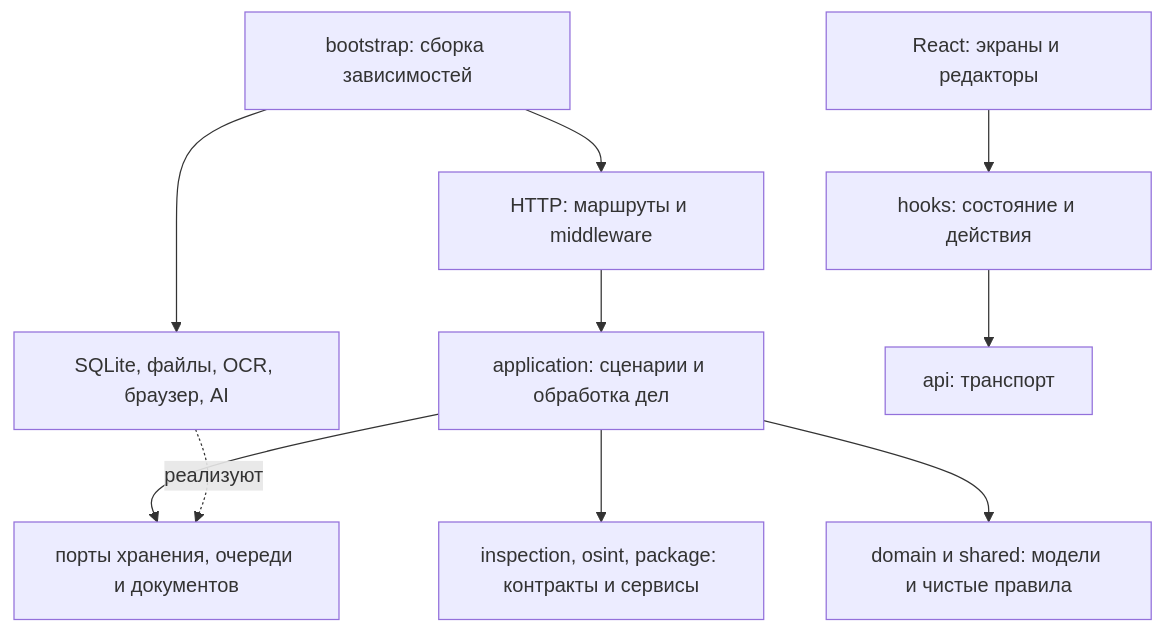
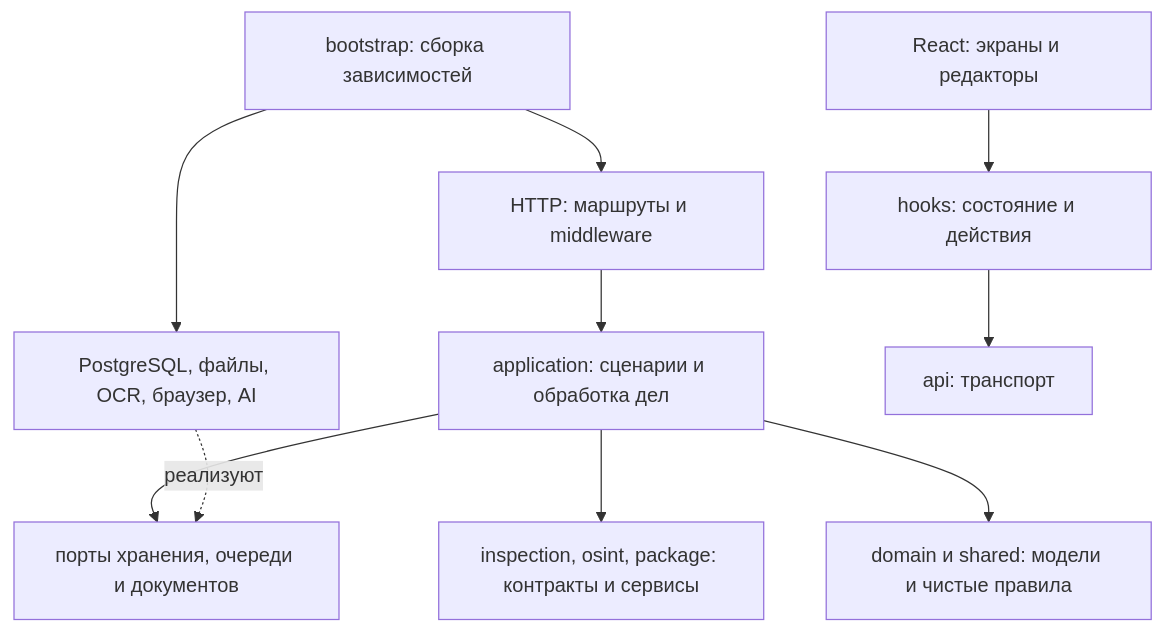
One commit to Bekzaat17/aigak changed the diagram in docs/ARCHITECTURE.md. Above: the diagram before and after it, drawn with Mermaid. The commit also changed other lines of this file and 77 other files, not shown here.

Commit message:
feat: migrate persistence to PostgreSQL with verified SQLite import

````diff
--- a/docs/ARCHITECTURE.md
+++ b/docs/ARCHITECTURE.md
@@ -7,12 +7,12 @@
 ```mermaid
 flowchart TD
   Bootstrap[bootstrap: сборка зависимостей] --> HTTP[HTTP: маршруты и middleware]
-  Bootstrap --> Adapters[SQLite, файлы, OCR, браузер, AI]
+  Bootstrap --> Adapters[PostgreSQL, файлы, OCR, браузер, AI]
   HTTP --> Application[application: сценарии и обработка дел]
   Application --> Ports[порты хранения, очереди и документов]
   Adapters -. реализуют .-> Ports
   Application --> Analysis[inspection, osint, package: контракты и сервисы]
   Application --> Domain[domain и shared: модели и чистые правила]
   UI[React: экраны и редакторы] --> Hooks[hooks: состояние и действия]
   Hooks --> Client[api: транспорт]
 ```
````
